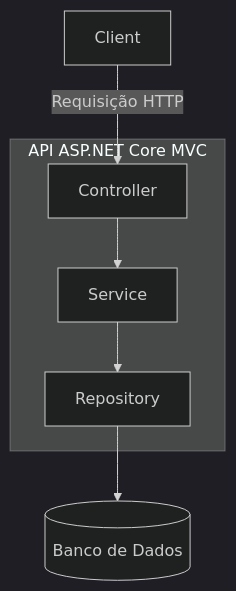
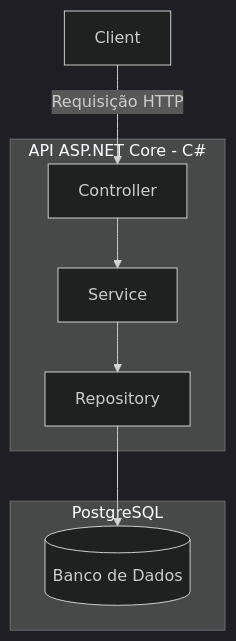
One commit to lucasroselli90/xpe_desafiofinal_arq_2025 changed the first of 2 diagrams in README.md. Above: the diagram before and after it, drawn with Mermaid (dark theme).

Commit message:
tehcgraph

````diff
--- a/README.md
+++ b/README.md
@@ -5,13 +5,17 @@
 ```mermaid
 graph TD
   A[Client] -->|Requisição HTTP| B[Controller]
   B --> C[Service]
   C --> D[Repository]
   D --> E[(Banco de Dados)]
 
-  subgraph API ASP.NET Core MVC
+  subgraph API ASP.NET Core -  C#
     B[Controller]
     C[Service]
     D[Repository]
   end
+
+  subgraph PostgreSQL
+    E[(Banco de Dados)]
+  end
 ```
````
